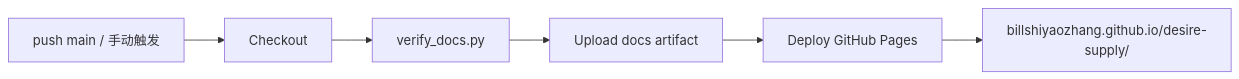
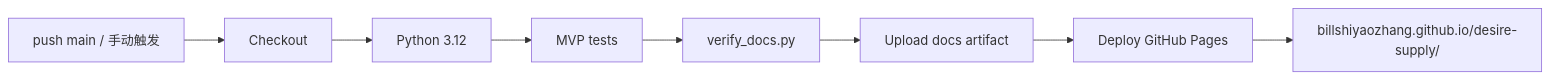
The diagram in docs/reference/github-pages.md (BillShiyaoZhang/desire-supply), drawn with Mermaid before and after one commit. The commit also changed other lines of this file and 1 other file, not shown here.

Commit message:
ci: stabilize Pages verification on Ubuntu 24.04 and Python 3.12

````diff
--- a/docs/reference/github-pages.md
+++ b/docs/reference/github-pages.md
@@ -7,8 +9,10 @@
 ```mermaid
 flowchart LR
     PUSH["push main / 手动触发"] --> CHECKOUT["Checkout"]
-    CHECKOUT --> VERIFY["verify_docs.py"]
+    CHECKOUT --> PYTHON["Python 3.12"]
+    PYTHON --> TEST["MVP tests"]
+    TEST --> VERIFY["verify_docs.py"]
     VERIFY --> UPLOAD["Upload docs artifact"]
     UPLOAD --> DEPLOY["Deploy GitHub Pages"]
     DEPLOY --> SITE["billshiyaozhang.github.io/desire-supply/"]
 ```
````
